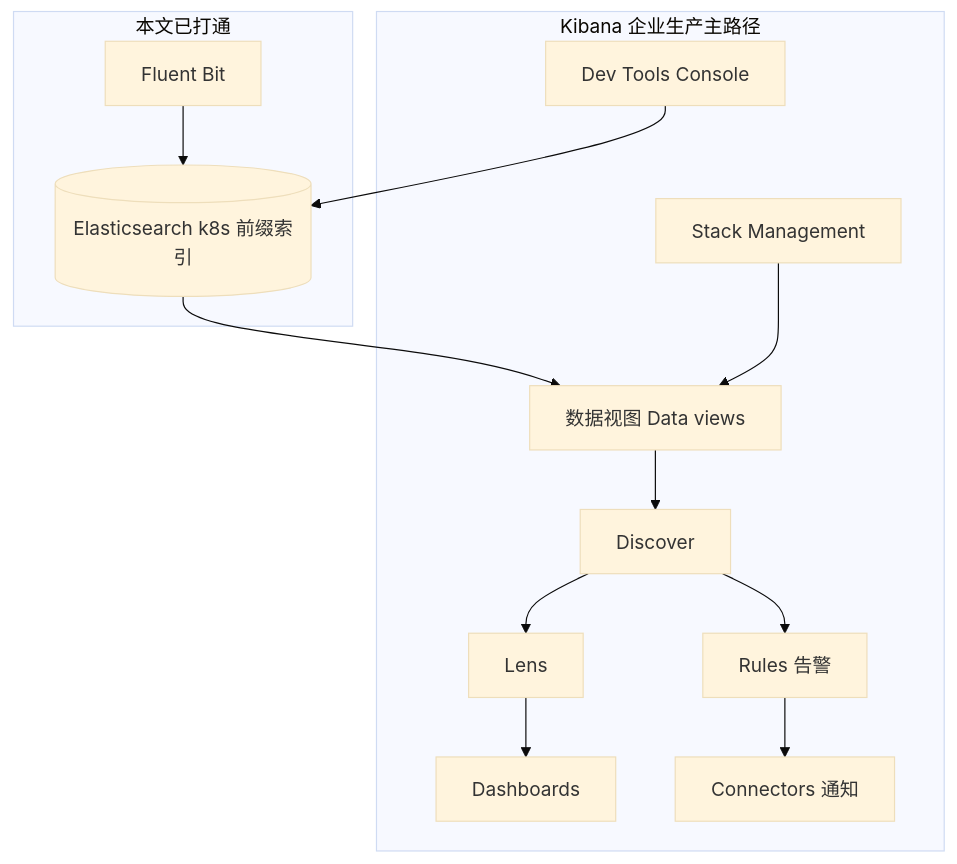
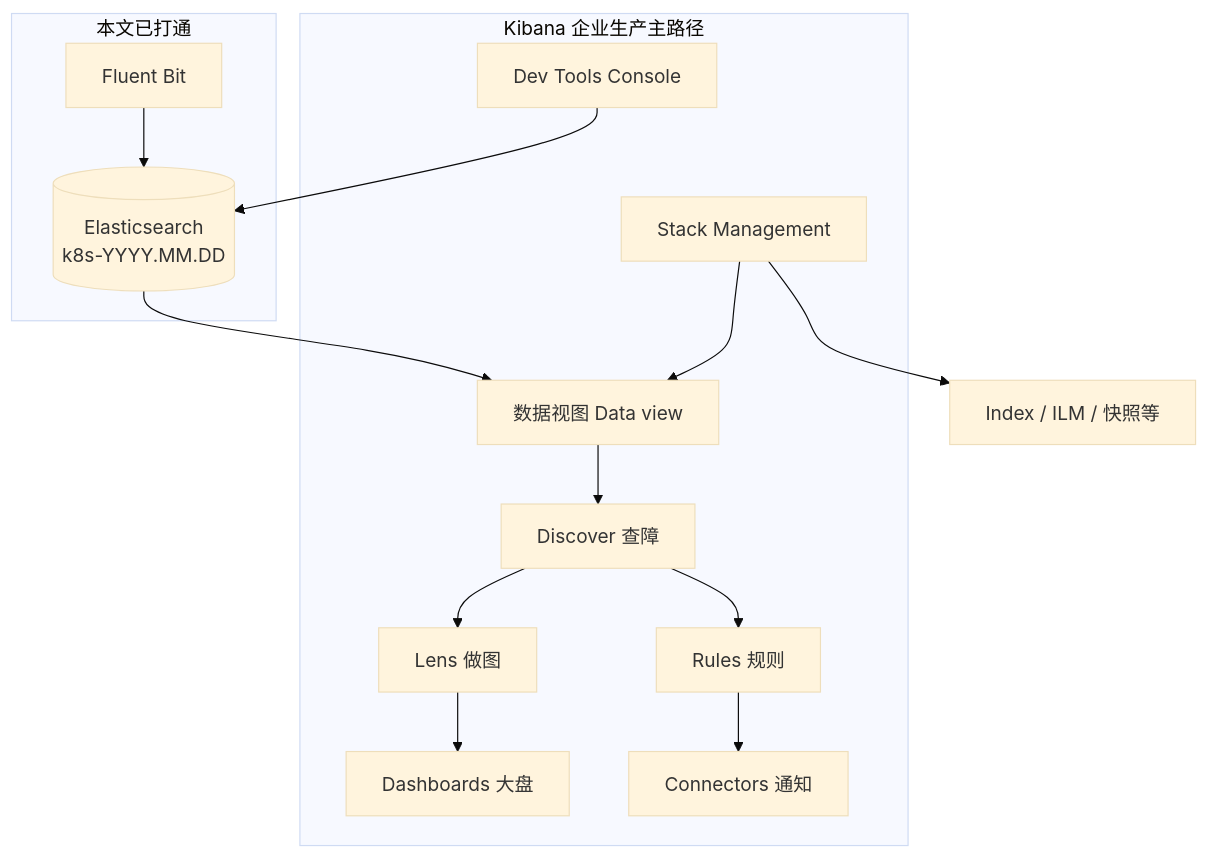
Diagram 13 of 32 in docs/efk/EFK.md (brinnatt/kubeauto), drawn with Mermaid (base theme) before and after one commit. The commit also changed other lines of this file, not shown here.

````diff
--- a/docs/efk/EFK.md
+++ b/docs/efk/EFK.md
@@ -948,26 +962,27 @@
 ```mermaid
 flowchart TB
   subgraph goal[本文已打通]
     FB[Fluent Bit]
-    ES[(Elasticsearch k8s 前缀索引)]
+    ES[(Elasticsearch<br/>k8s-YYYY.MM.DD)]
     FB --> ES
   end
   subgraph kib[Kibana 企业生产主路径]
-    DV[数据视图 Data views]
-    DC[Discover]
-    LS[Lens]
-    DB[Dashboards]
-    RL[Rules 告警]
+    DV[数据视图 Data view]
+    DC[Discover 查障]
+    LS[Lens 做图]
+    DB[Dashboards 大盘]
+    RL[Rules 规则]
     CO[Connectors 通知]
     SM[Stack Management]
     DT[Dev Tools Console]
   end
   ES --> DV
   DV --> DC
   DC --> LS
   LS --> DB
   DC --> RL
   RL --> CO
   SM --> DV
+  SM --> SM2[Index / ILM / 快照等]
   DT --> ES
 ```
````
